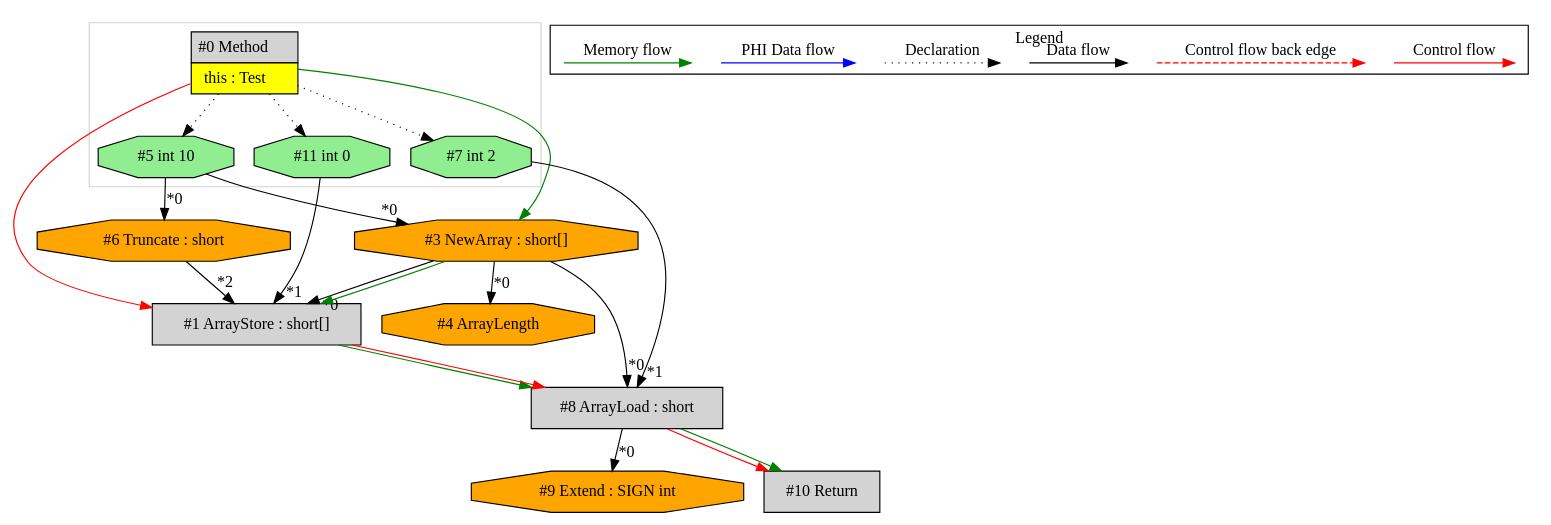
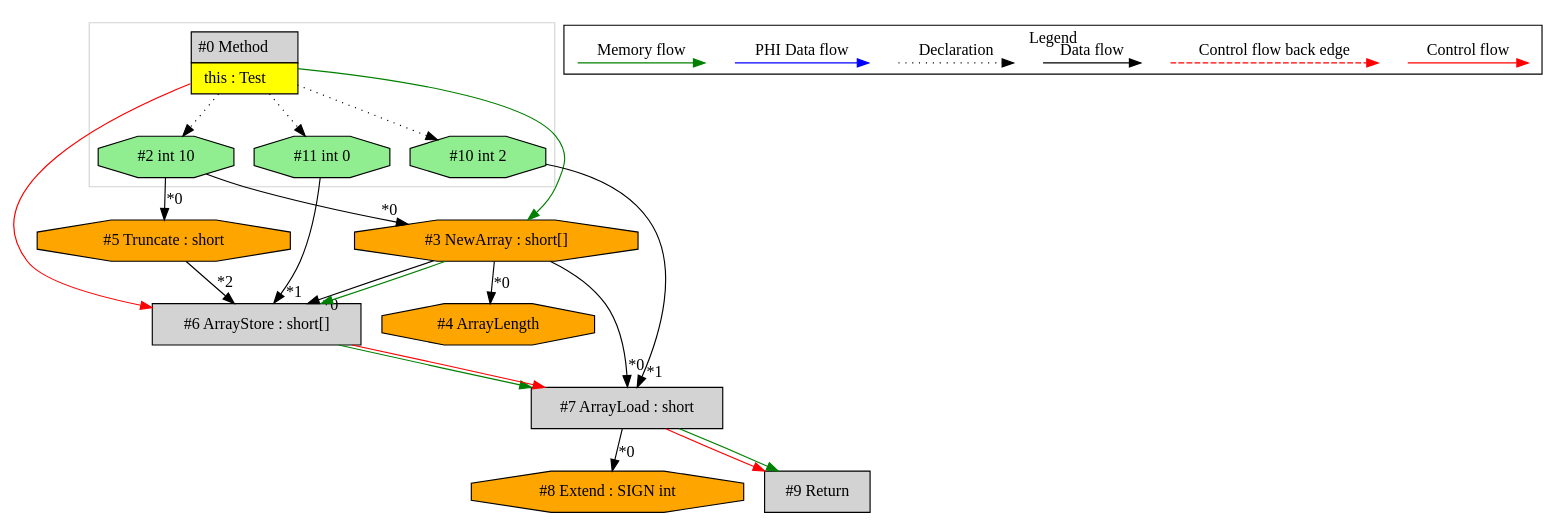
The diagram in de.mirkosertic.metair.ir.OpcodeNEWARRAYTest/test_NEWARRAY_short/ir.dot (mirkosertic/MetaIR), drawn with Graphviz before and after one commit. The commit also changed 883 other files, not shown here.

```diff
--- a/de.mirkosertic.metair.ir.OpcodeNEWARRAYTest/test_NEWARRAY_short/ir.dot
+++ b/de.mirkosertic.metair.ir.OpcodeNEWARRAYTest/test_NEWARRAY_short/ir.dot
@@ -1,66 +1,66 @@
 digraph {
  ordering="in";
- node0[margin="0", label=<<table border="0" cellborder="1" cellspacing="0" cellpadding="5"><tr><td colspan="1">#0 Method</td></tr><tr><td port="prj2" bgcolor="yellow">this : Test</td></tr></table>>,shape=none, fillcolor=lightgrey, style=filled];
+ node0[margin="0", label=<<table border="0" cellborder="1" cellspacing="0" cellpadding="5"><tr><td colspan="1">#0 Method</td></tr><tr><td port="prj1" bgcolor="yellow">this : Test</td></tr></table>>,shape=none, fillcolor=lightgrey, style=filled];
  node11[label="#11 int 0",shape=octagon, fillcolor=lightgreen, style=filled];
  node0 -> node11[style=dotted];
- node1[label="#1 ArrayStore : short[]",shape=box, fillcolor=lightgrey, style=filled];
- node3 -> node1[headlabel="*0", labeldistance=2];
- node11 -> node1[headlabel="*1", labeldistance=2];
- node6 -> node1[headlabel="*2", labeldistance=2];
- node3 -> node1[labeldistance=2, color=green, constraint=false];
- node0 -> node1[labeldistance=2, color=red, fontcolor=red];
+ node6[label="#6 ArrayStore : short[]",shape=box, fillcolor=lightgrey, style=filled];
+ node3 -> node6[headlabel="*0", labeldistance=2];
+ node11 -> node6[headlabel="*1", labeldistance=2];
+ node5 -> node6[headlabel="*2", labeldistance=2];
+ node3 -> node6[labeldistance=2, color=green, constraint=false];
+ node0 -> node6[labeldistance=2, color=red, fontcolor=red];
  node3[label="#3 NewArray : short[]",shape=octagon, fillcolor=orange, style=filled];
- node5 -> node3[headlabel="*0", labeldistance=2];
+ node2 -> node3[headlabel="*0", labeldistance=2];
  node0 -> node3[labeldistance=2, color=green, constraint=false];
- node5[label="#5 int 10",shape=octagon, fillcolor=lightgreen, style=filled];
- node0 -> node5[style=dotted];
- node6[label="#6 Truncate : short",shape=octagon, fillcolor=orange, style=filled];
- node5 -> node6[headlabel="*0", labeldistance=2];
+ node2[label="#2 int 10",shape=octagon, fillcolor=lightgreen, style=filled];
+ node0 -> node2[style=dotted];
+ node5[label="#5 Truncate : short",shape=octagon, fillcolor=orange, style=filled];
+ node2 -> node5[headlabel="*0", labeldistance=2];
  node4[label="#4 ArrayLength",shape=octagon, fillcolor=orange, style=filled];
  node3 -> node4[headlabel="*0", labeldistance=2];
- node8[label="#8 ArrayLoad : short",shape=box, fillcolor=lightgrey, style=filled];
- node3 -> node8[headlabel="*0", labeldistance=2];
- node7 -> node8[headlabel="*1", labeldistance=2];
- node1 -> node8[labeldistance=2, color=green, constraint=false];
- node1 -> node8[labeldistance=2, color=red, fontcolor=red];
- node7[label="#7 int 2",shape=octagon, fillcolor=lightgreen, style=filled];
- node0 -> node7[style=dotted];
- node9[label="#9 Extend : SIGN int",shape=octagon, fillcolor=orange, style=filled];
- node8 -> node9[headlabel="*0", labeldistance=2];
- node10[label="#10 Return",shape=box, fillcolor=lightgrey, style=filled];
- node8 -> node10[labeldistance=2, color=red, fontcolor=red];
- node8 -> node10[labeldistance=2, color=green, constraint=false];
+ node7[label="#7 ArrayLoad : short",shape=box, fillcolor=lightgrey, style=filled];
+ node3 -> node7[headlabel="*0", labeldistance=2];
+ node10 -> node7[headlabel="*1", labeldistance=2];
+ node6 -> node7[labeldistance=2, color=green, constraint=false];
+ node6 -> node7[labeldistance=2, color=red, fontcolor=red];
+ node10[label="#10 int 2",shape=octagon, fillcolor=lightgreen, style=filled];
+ node0 -> node10[style=dotted];
+ node8[label="#8 Extend : SIGN int",shape=octagon, fillcolor=orange, style=filled];
+ node7 -> node8[headlabel="*0", labeldistance=2];
+ node9[label="#9 Return",shape=box, fillcolor=lightgrey, style=filled];
+ node7 -> node9[labeldistance=2, color=red, fontcolor=red];
+ node7 -> node9[labeldistance=2, color=green, constraint=false];
  subgraph cluster_0 {
   color=lightgray;
   node0;
-  node5;
-  node7;
+  node2;
+  node10;
   node11;
  }
  subgraph cluster_000 {
   label = "Legend";
   node [shape=point]
   {
    rank=same;
    c0 [style = invis];
    c1 [style = invis];
    c2 [style = invis];
    c3 [style = invis];
    d0 [style = invis];
    d1 [style = invis];
    d2 [style = invis];
    d3 [style = invis];
    d4 [style = invis];
    d5 [style = invis];
    d6 [style = invis];
    d7 [style = invis];
   }
   c0 -> c1 [label="Control flow", style=solid, color=red]
   c2 -> c3 [label="Control flow back edge", style=dashed, color=red]
   d0 -> d1 [label="Data flow"]
   d2 -> d3 [label="Declaration", style=dotted]
   d4 -> d5 [label="PHI Data flow", color=blue]
   d6 -> d7 [label="Memory flow", color=green]
  }
 
 }
```
